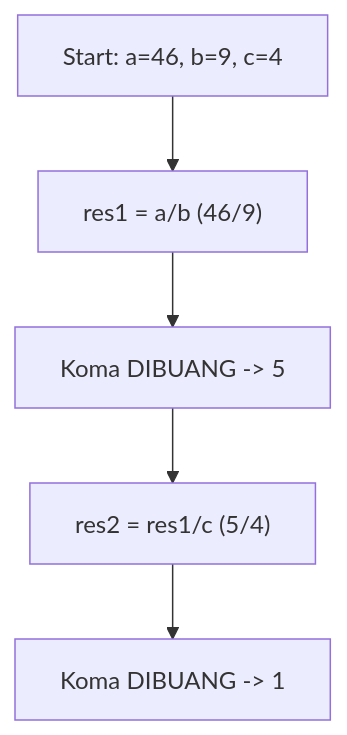
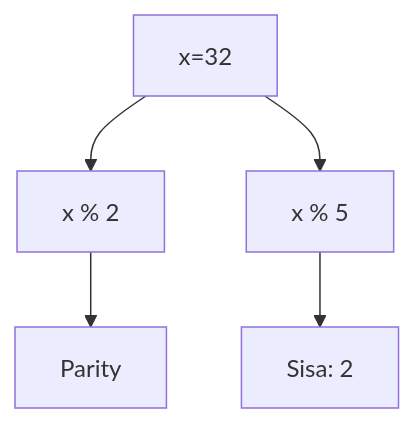
One commit to amnahwaida/OSNK_INF_PREP changed diagram 15 of 25 in part-c-pemahaman-cpp/01-tipe-data/latihan/set-02.md. Above: the diagram before and after it, drawn with Mermaid. The commit also changed other lines of this file and 71 other files, not shown here.

````diff
--- a/part-c-pemahaman-cpp/01-tipe-data/latihan/set-02.md
+++ b/part-c-pemahaman-cpp/01-tipe-data/latihan/set-02.md
@@ -509,7 +447,7 @@
 ```mermaid
 graph TD
-    A[Start: a=46, b=9, c=4] --> B["res1 = a/b (46/9)"]
-    B --> C["Koma DIBUANG -> 5"]
-    C --> D["res2 = res1/c (5/4)"]
-    D --> E["Koma DIBUANG -> 1"]
+A[x=32] --> B[x % 2]
+B --> C[Parity]
+A --> D[x % 5]
+D --> E[Sisa: 2]
 ```
````
